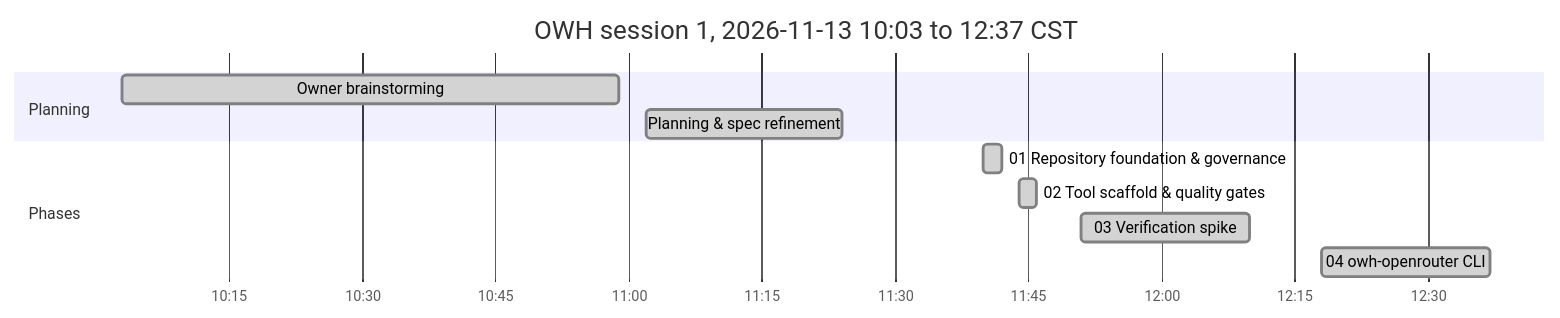
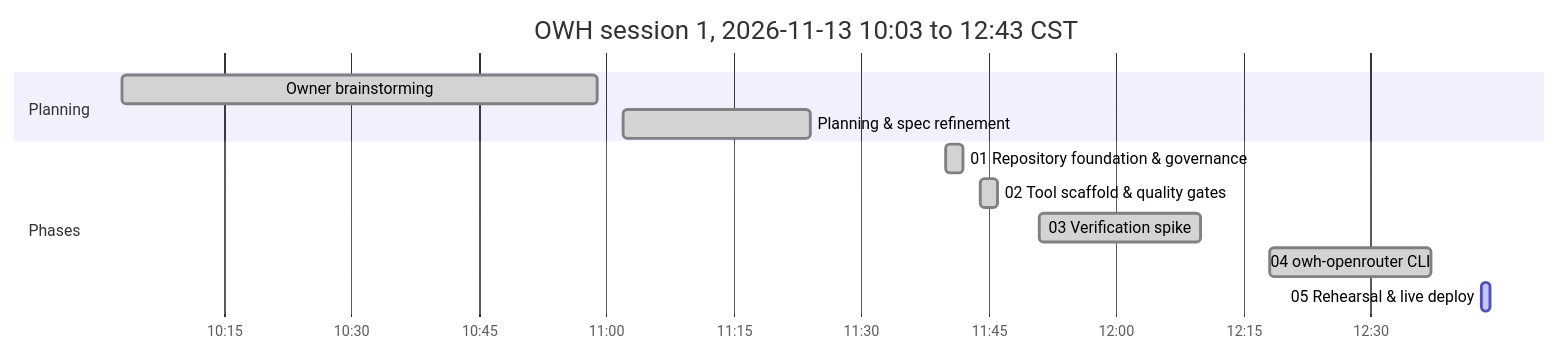
The diagram in OWH_IMPLEMENTATION_PLAN.md (antonizick/OpenWebUI), drawn with Mermaid before and after one commit. The commit also changed other lines of this file and 1 other file, not shown here.

Commit message:
docs(plan): refresh timeline

````diff
--- a/OWH_IMPLEMENTATION_PLAN.md
+++ b/OWH_IMPLEMENTATION_PLAN.md
@@ -48,14 +48,15 @@
 ```mermaid
 gantt
-    title OWH session 1, 2026-11-13 10:03 to 12:37 CST
+    title OWH session 1, 2026-11-13 10:03 to 12:43 CST
     dateFormat YYYY-MM-DD HH:mm
     axisFormat %H:%M
     section Planning
     Owner brainstorming :done, plan1, 2026-11-13 10:03, 2026-11-13 10:59
     Planning & spec refinement :done, p00, 2026-11-13 11:02, 2026-11-13 11:24
     section Phases
     01 Repository foundation & governance :done, p01s1, 2026-11-13 11:40, 2026-11-13 11:42
     02 Tool scaffold & quality gates :done, p02s1, 2026-11-13 11:44, 2026-11-13 11:46
     03 Verification spike :done, p03s1, 2026-11-13 11:51, 2026-11-13 12:10
     04 owh-openrouter CLI :done, p04s1, 2026-11-13 12:18, 2026-11-13 12:37
+    05 Rehearsal & live deploy :active, p05s1, 2026-11-13 12:43, 2026-11-13 12:44
 ```
````
